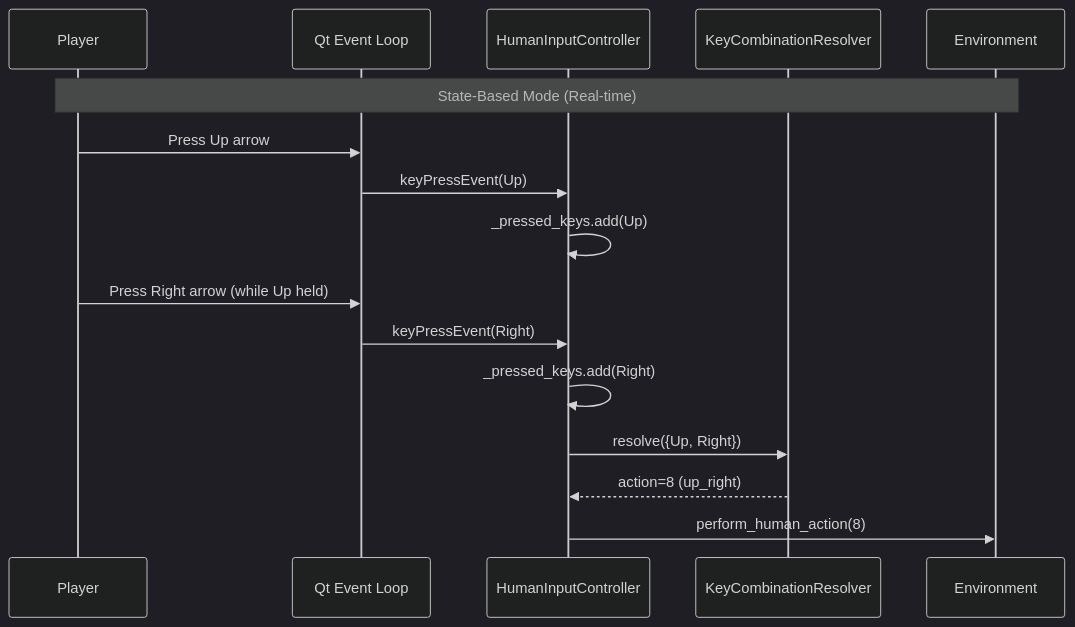
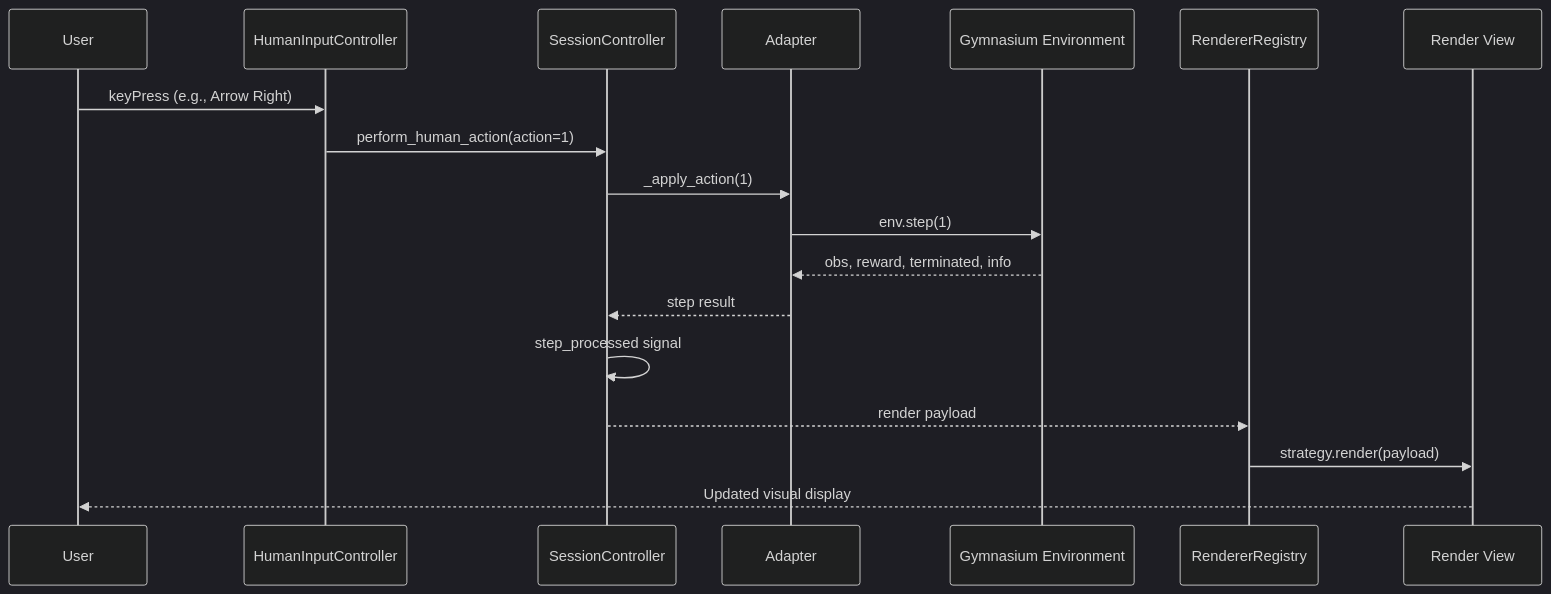
Before and after one commit to Abdulhamid97Mousa/mosaic: the diagram in docs/source/documents/human_control/single_agent/index.rst, drawn with Mermaid (dark theme). The commit also changed other lines of this file and 21 other files, not shown here.

```diff
--- a/docs/source/documents/human_control/single_agent/index.rst
+++ b/docs/source/documents/human_control/single_agent/index.rst
@@ -35,19 +11,21 @@
 .. mermaid::
 
    sequenceDiagram
-       participant User as Player
-       participant Qt as Qt Event Loop
+       participant User
        participant HIC as HumanInputController
-       participant Res as KeyCombinationResolver
-       participant Env as Environment
+       participant SC as SessionController
+       participant Adapter
+       participant Env as Gymnasium Environment
+       participant RR as RendererRegistry
+       participant RV as Render View
 
-       Note over User,Env: State-Based Mode (Real-time)
-       User->>Qt: Press Up arrow
-       Qt->>HIC: keyPressEvent(Up)
-       HIC->>HIC: _pressed_keys.add(Up)
-       User->>Qt: Press Right arrow (while Up held)
-       Qt->>HIC: keyPressEvent(Right)
-       HIC->>HIC: _pressed_keys.add(Right)
-       HIC->>Res: resolve({Up, Right})
-       Res-->>HIC: action=8 (up_right)
-       HIC->>Env: perform_human_action(8)
+       User->>HIC: keyPress (e.g., Arrow Right)
+       HIC->>SC: perform_human_action(action=1)
+       SC->>Adapter: _apply_action(1)
+       Adapter->>Env: env.step(1)
+       Env-->>Adapter: obs, reward, terminated, info
+       Adapter-->>SC: step result
+       SC->>SC: step_processed signal
+       SC-->>RR: render payload
+       RR->>RV: strategy.render(payload)
+       RV-->>User: Updated visual display
```
